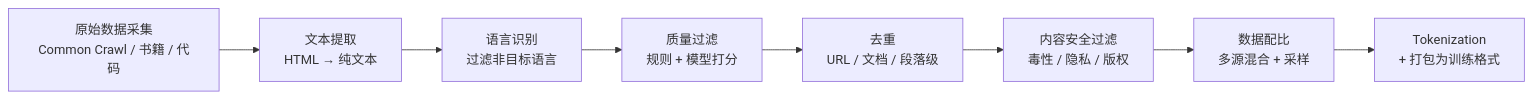
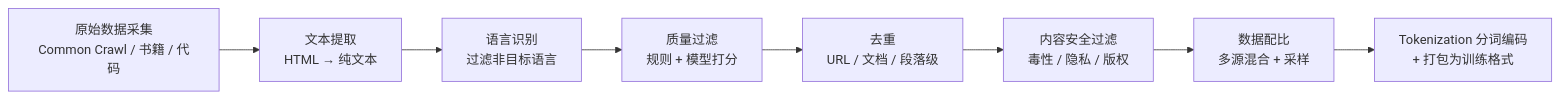
The diagram in part6-bigdata/08-大模型数据工程.md (LiPingjiang/Full-Stack-Knowledge-Book), drawn with Mermaid before and after one commit. The commit also changed other lines of this file, not shown here.

````diff
--- a/part6-bigdata/08-大模型数据工程.md
+++ b/part6-bigdata/08-大模型数据工程.md
@@ -33,10 +33,10 @@
 ```mermaid
 graph LR
     A["原始数据采集<br/>Common Crawl / 书籍 / 代码"] --> B["文本提取<br/>HTML → 纯文本"]
     B --> C["语言识别<br/>过滤非目标语言"]
     C --> D["质量过滤<br/>规则 + 模型打分"]
     D --> E["去重<br/>URL / 文档 / 段落级"]
     E --> F["内容安全过滤<br/>毒性 / 隐私 / 版权"]
     F --> G["数据配比<br/>多源混合 + 采样"]
-    G --> H["Tokenization<br/>+ 打包为训练格式"]
+    G --> H["Tokenization 分词编码<br/>+ 打包为训练格式"]
 ```
````
